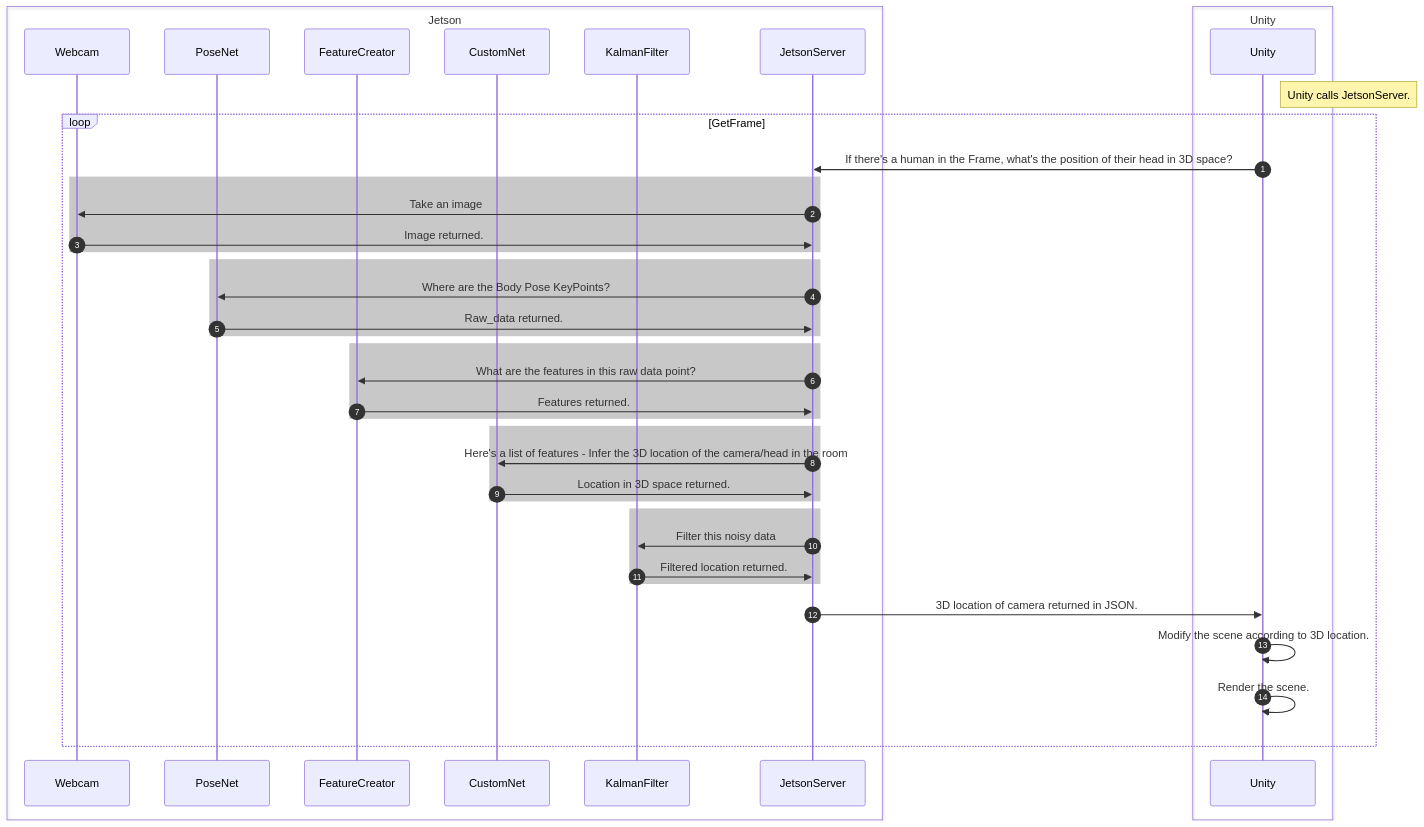
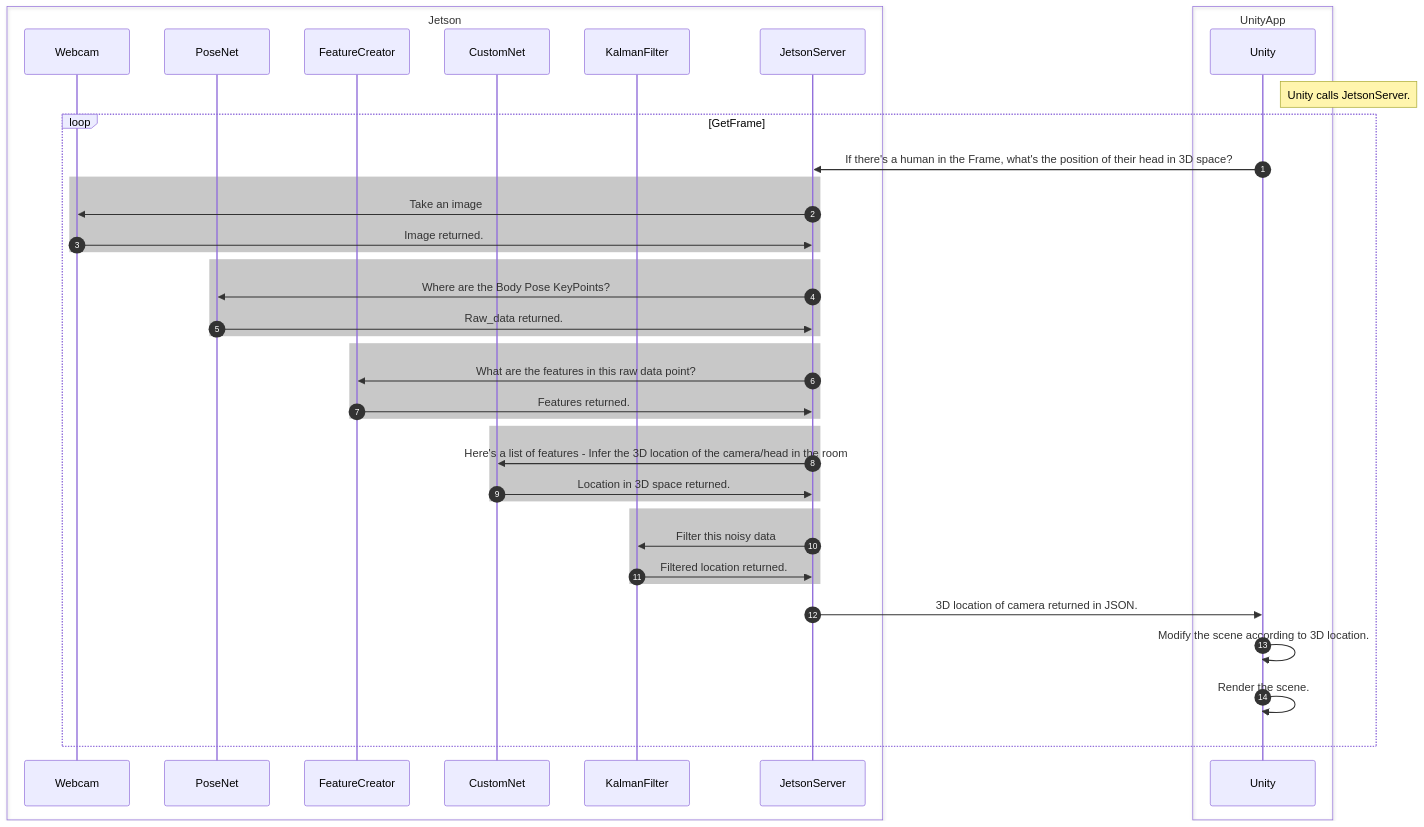
One commit to eyast/eyast.github.io changed the diagram in _projects/3D_Display.md. Above: the diagram before and after it, drawn with Mermaid.

Commit message:
removed duplicate names

```diff
--- a/_projects/3D_Display.md
+++ b/_projects/3D_Display.md
@@ -31,42 +31,42 @@
 {% mermaid %}
 sequenceDiagram
     box Jetson
     participant Webcam
     participant PoseNet
     participant FeatureCreator
     participant CustomNet
     participant KalmanFilter
     participant JetsonServer
     end
-    box Unity
+    box UnityApp
     participant Unity
     end
     autonumber
     note right of Unity: Unity calls JetsonServer.
     loop GetFrame
         Unity->>JetsonServer:If there's a human in the Frame, what's the position of their head in 3D space?
         rect rgb(200, 200, 200)
         JetsonServer->>Webcam: Take an image
         Webcam->> JetsonServer: Image returned.
         end
         rect rgb(200, 200, 200)
         JetsonServer->>PoseNet: Where are the Body Pose KeyPoints?
         PoseNet->>JetsonServer: Raw_data returned.
         end
         rect rgb(200, 200, 200)
         JetsonServer->>FeatureCreator: What are the features in this raw data point?
         FeatureCreator->>JetsonServer: Features returned.
         end
         rect rgb(200, 200, 200)
         JetsonServer->>CustomNet: Here's a list of features - Infer the 3D location of the camera/head in the room
         CustomNet->>JetsonServer: Location in 3D space returned.
         end
         rect rgb(200, 200, 200)
         JetsonServer->>KalmanFilter: Filter this noisy data
         KalmanFilter->>JetsonServer: Filtered location returned.
         end
         JetsonServer->>Unity: 3D location of camera returned in JSON.
         Unity->>Unity: Modify the scene according to 3D location.
         Unity->>Unity: Render the scene.
     end
 {% endmermaid %}
```
